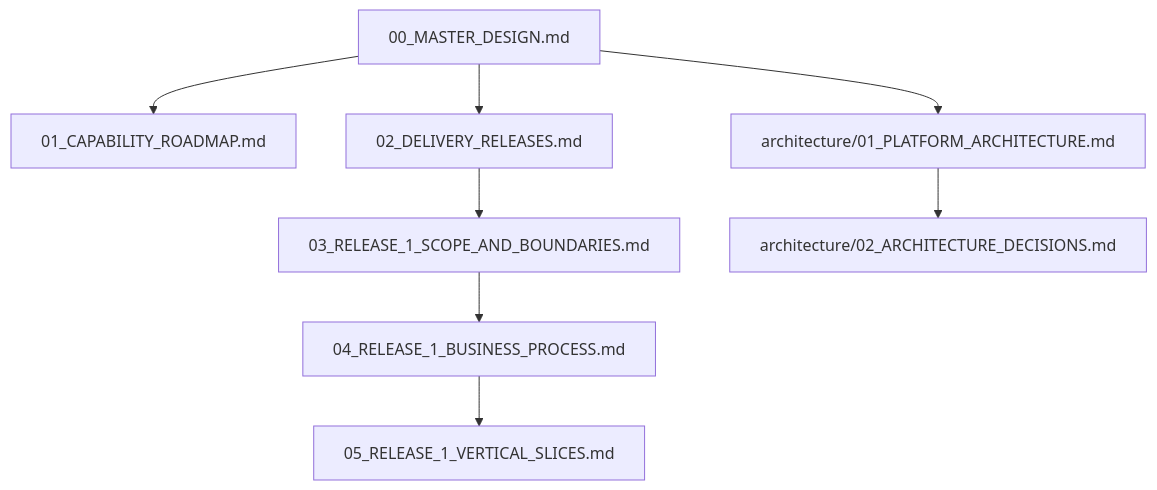
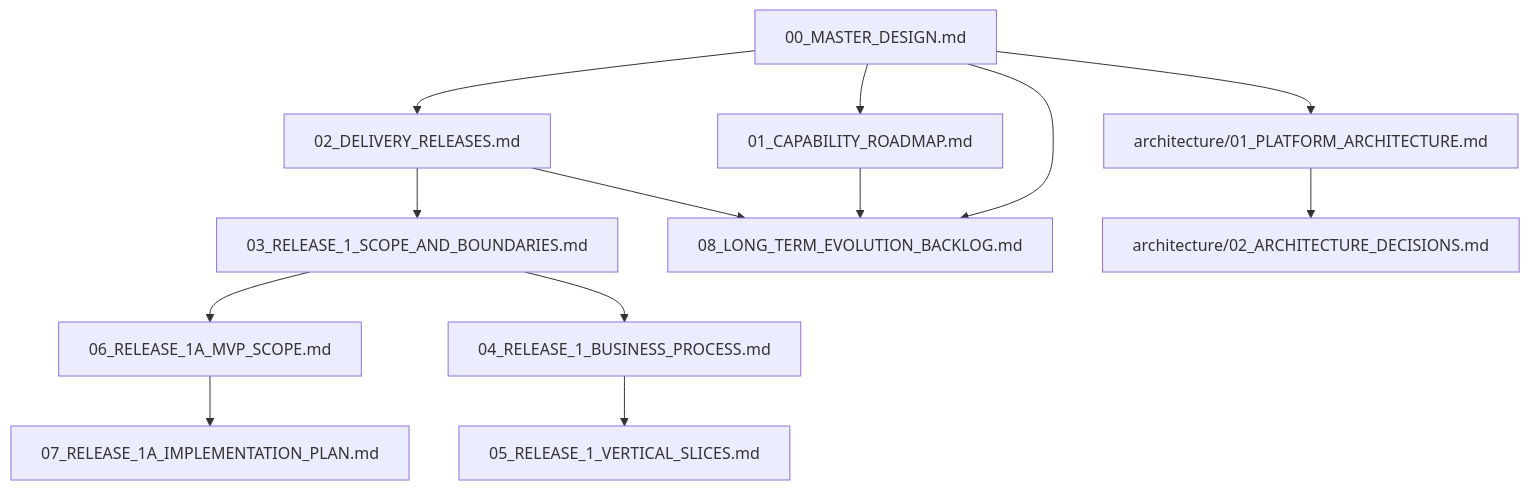
The diagram in DOCUMENT_MAP.md (SONG-36/TK_Video_Intelligence_Workbench), drawn with Mermaid before and after one commit. The commit also changed other lines of this file and 15 other files, not shown here.

Commit message:
docs: converge Release 1A MVP and evolution backlog

````diff
--- a/DOCUMENT_MAP.md
+++ b/DOCUMENT_MAP.md
@@ -48,19 +64,27 @@
 ```mermaid
 flowchart TB
     M[00_MASTER_DESIGN.md]
     C[01_CAPABILITY_ROADMAP.md]
     D[02_DELIVERY_RELEASES.md]
     R[03_RELEASE_1_SCOPE_AND_BOUNDARIES.md]
     BP[04_RELEASE_1_BUSINESS_PROCESS.md]
     VS[05_RELEASE_1_VERTICAL_SLICES.md]
+    S[06_RELEASE_1A_MVP_SCOPE.md]
+    I[07_RELEASE_1A_IMPLEMENTATION_PLAN.md]
+    E[08_LONG_TERM_EVOLUTION_BACKLOG.md]
     PA[architecture/01_PLATFORM_ARCHITECTURE.md]
     ADR[architecture/02_ARCHITECTURE_DECISIONS.md]
 
     M --> C
     M --> D
     D --> R
+    R --> S
+    S --> I
+    M --> E
+    C --> E
+    D --> E
     R --> BP
     BP --> VS
     M --> PA
     PA --> ADR
 ```
````
